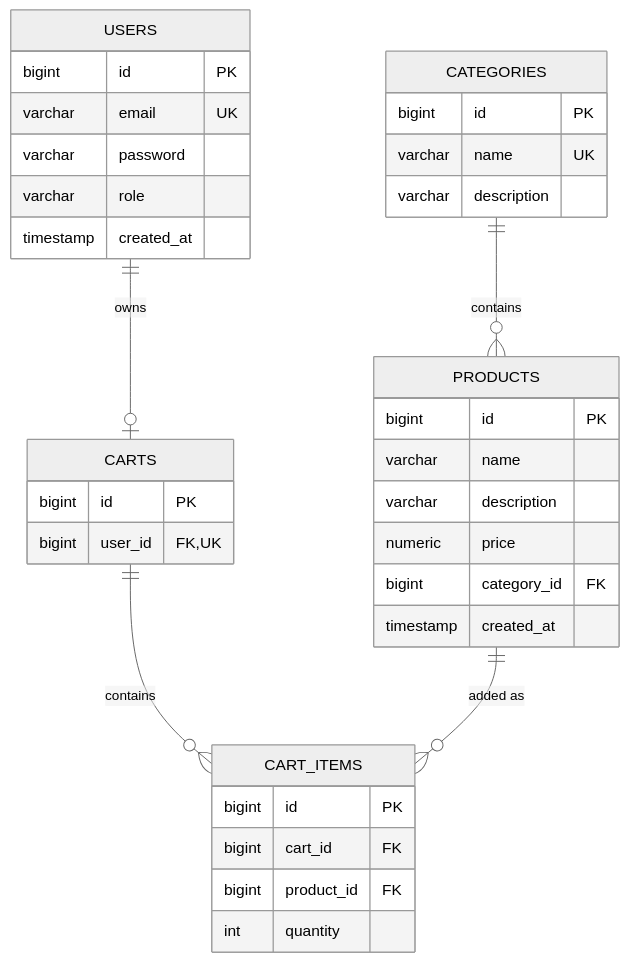
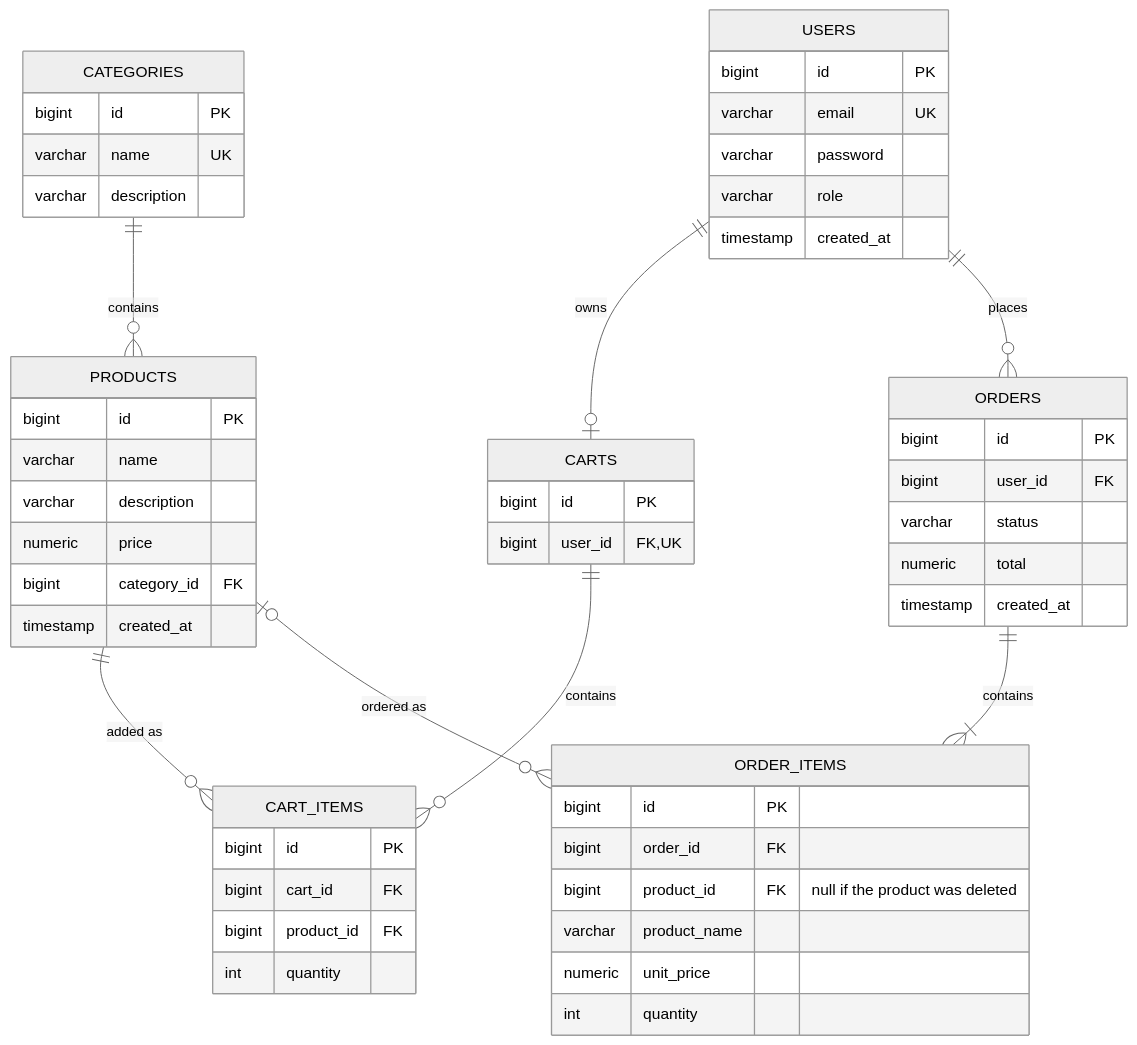
One commit to monssefbaakka/ecommerce-microservices changed the diagram in README.md. Above: the diagram before and after it, drawn with Mermaid (neutral theme). The commit also changed other lines of this file, not shown here.

Commit message:
docs(readme): add orders to the database schema

````diff
--- a/README.md
+++ b/README.md
@@ -222,37 +222,55 @@
 ```mermaid
 erDiagram
     CATEGORIES ||--o{ PRODUCTS : contains
     USERS ||--o| CARTS : owns
     CARTS ||--o{ CART_ITEMS : contains
     PRODUCTS ||--o{ CART_ITEMS : "added as"
+    USERS ||--o{ ORDERS : places
+    ORDERS ||--|{ ORDER_ITEMS : contains
+    PRODUCTS |o--o{ ORDER_ITEMS : "ordered as"
     CATEGORIES {
         bigint id PK
         varchar name UK
         varchar description
     }
     PRODUCTS {
         bigint id PK
         varchar name
         varchar description
         numeric price
         bigint category_id FK
         timestamp created_at
     }
     USERS {
         bigint id PK
         varchar email UK
         varchar password
         varchar role
         timestamp created_at
     }
     CARTS {
         bigint id PK
         bigint user_id FK,UK
     }
     CART_ITEMS {
         bigint id PK
         bigint cart_id FK
         bigint product_id FK
         int quantity
     }
+    ORDERS {
+        bigint id PK
+        bigint user_id FK
+        varchar status
+        numeric total
+        timestamp created_at
+    }
+    ORDER_ITEMS {
+        bigint id PK
+        bigint order_id FK
+        bigint product_id FK "null if the product was deleted"
+        varchar product_name
+        numeric unit_price
+        int quantity
+    }
 ```
````
